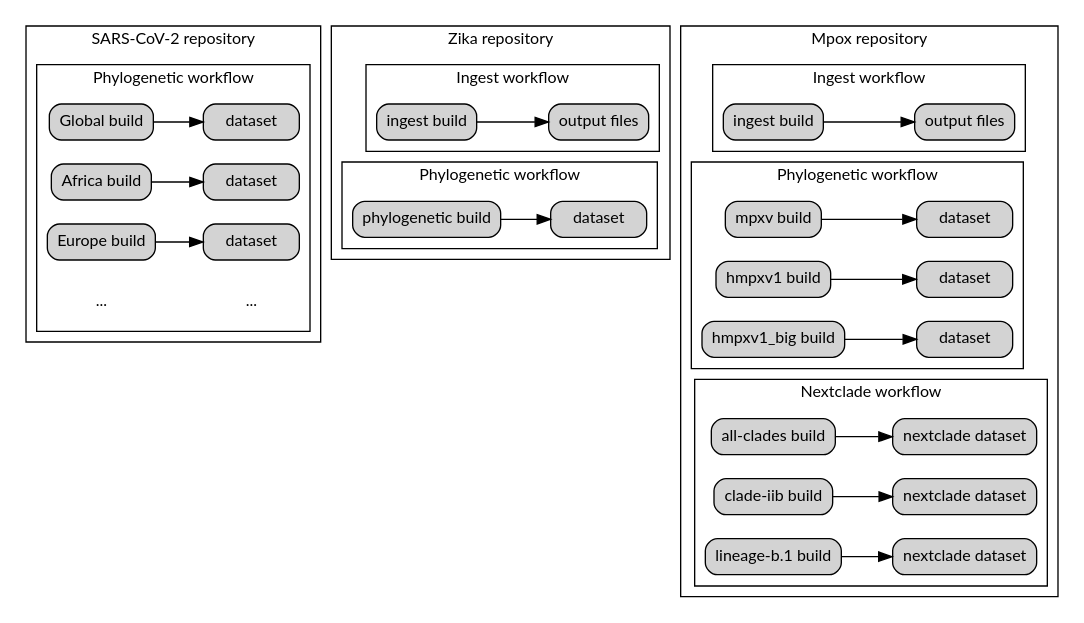
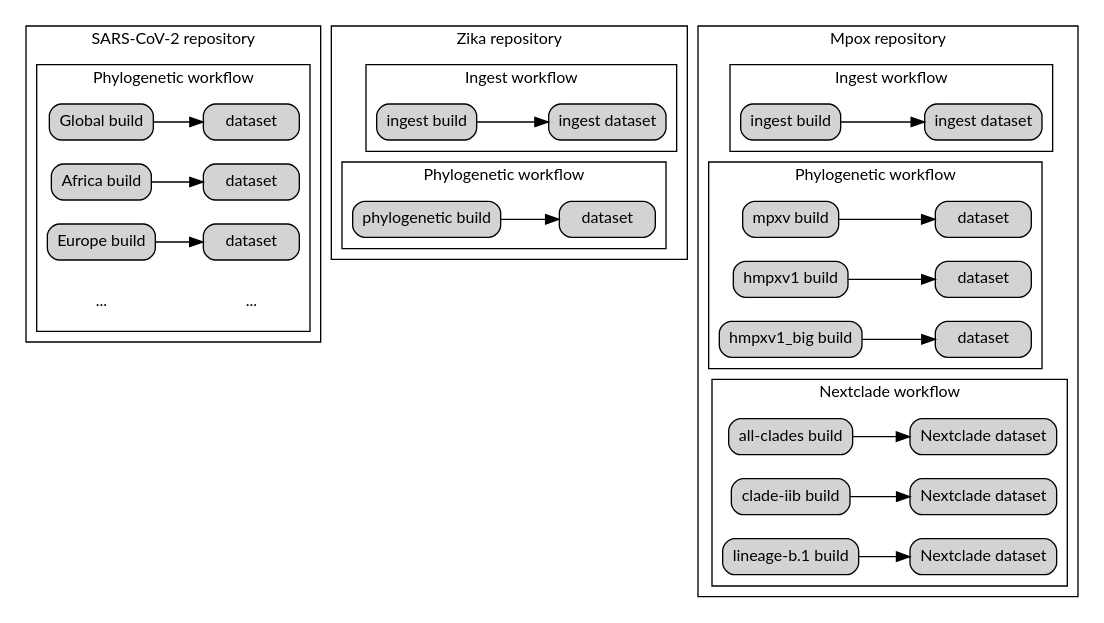
Before and after one commit to nextstrain/docs.nextstrain.org: the fifth of 5 diagrams in src/learn/parts.rst, drawn with Graphviz. The commit also changed other lines of this file, not shown here.

Commit message:
parts: Update text/graphviz to match new definitions

```diff
--- a/src/learn/parts.rst
+++ b/src/learn/parts.rst
@@ -219,7 +214,7 @@
             subgraph cluster_zika_ingest {
                 label = "Ingest workflow";
                 build3 [width=1, label="ingest build"];
-                output3 [width=1, label="output files"];
+                output3 [width=1, label="ingest dataset"];
             }
             subgraph cluster_zika_phylo {
                 label = "Phylogenetic workflow";
@@ -233,7 +228,7 @@
             subgraph cluster_mpox_ingest {
                 label = "Ingest workflow";
                 build5 [width=1, label="ingest build"];
-                output5 [width=1, label="output files"];
+                output5 [width=1, label="ingest dataset"];
             }
             subgraph cluster_mpox_phylo {
                 label = "Phylogenetic workflow";
@@ -250,9 +245,9 @@
                 build9 [width=1, label="all-clades build"];
                 build10 [width=1, label="clade-iib build"];
                 build11 [width=1, label="lineage-b.1 build"];
-                output9 [width=1, label="nextclade dataset"];
-                output10 [width=1, label="nextclade dataset"];
-                output11 [width=1, label="nextclade dataset"];
+                output9 [width=1, label="Nextclade dataset"];
+                output10 [width=1, label="Nextclade dataset"];
+                output11 [width=1, label="Nextclade dataset"];
 
             }
         }
```
